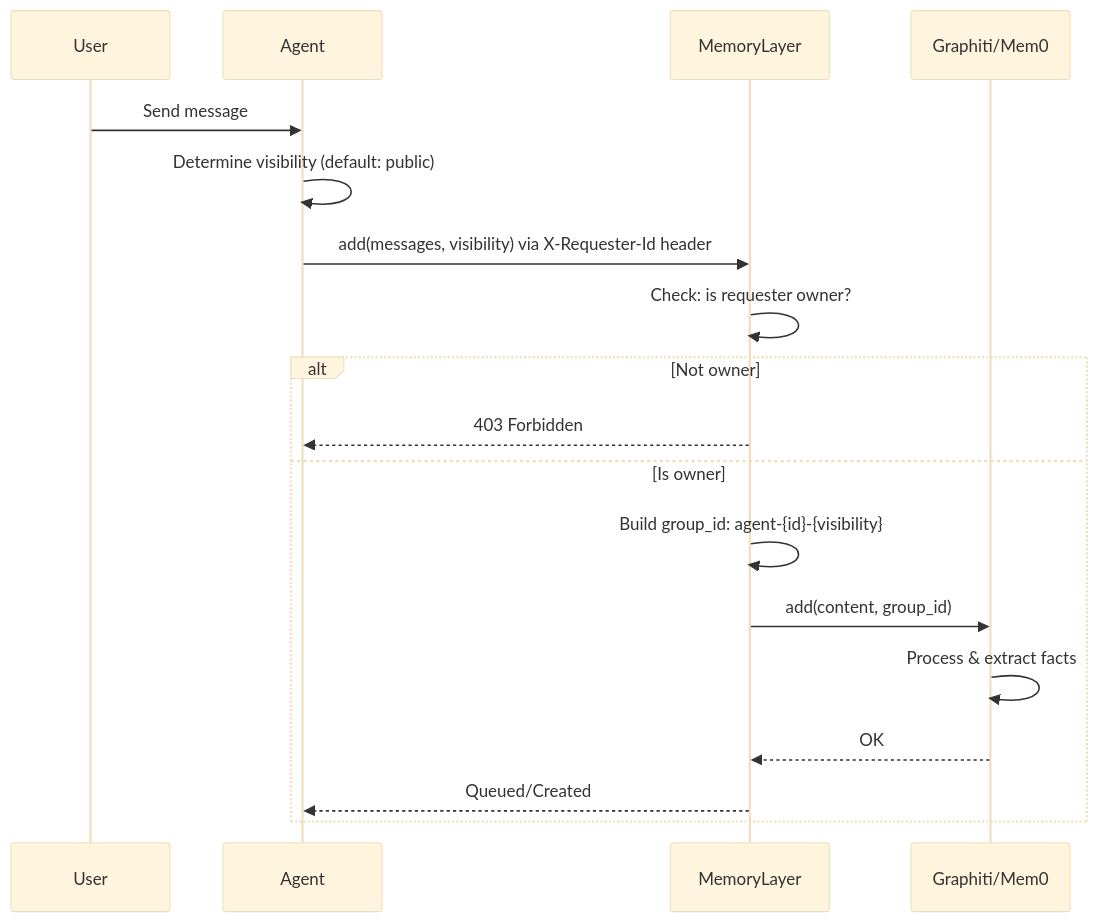
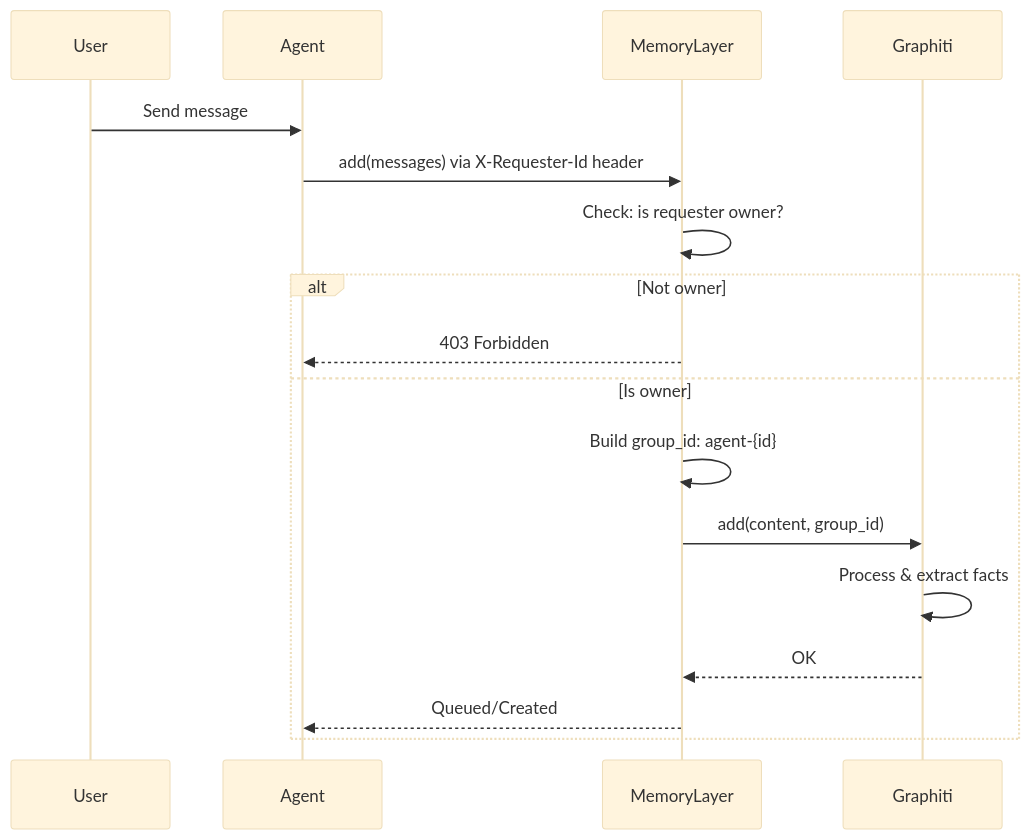
Before and after one commit to lunarr-ai/a4s: the second of 3 diagrams in docs/memory.md, drawn with Mermaid (base theme). The commit also changed other lines of this file and 10 other files, not shown here.

Commit message:
remove mem0 and private/public memory implementation

````diff
--- a/docs/memory.md
+++ b/docs/memory.md
@@ -46,21 +41,20 @@
 ```mermaid
 sequenceDiagram
     participant User
     participant Agent
     participant MemoryLayer
-    participant Store as Graphiti/Mem0
+    participant Store as Graphiti
 
     User->>Agent: Send message
-    Agent->>Agent: Determine visibility (default: public)
-    Agent->>MemoryLayer: add(messages, visibility) via X-Requester-Id header
+    Agent->>MemoryLayer: add(messages) via X-Requester-Id header
     MemoryLayer->>MemoryLayer: Check: is requester owner?
     alt Not owner
         MemoryLayer-->>Agent: 403 Forbidden
     else Is owner
-        MemoryLayer->>MemoryLayer: Build group_id: agent-{id}-{visibility}
+        MemoryLayer->>MemoryLayer: Build group_id: agent-{id}
         MemoryLayer->>Store: add(content, group_id)
         Store->>Store: Process & extract facts
         Store-->>MemoryLayer: OK
         MemoryLayer-->>Agent: Queued/Created
     end
 ```
````
